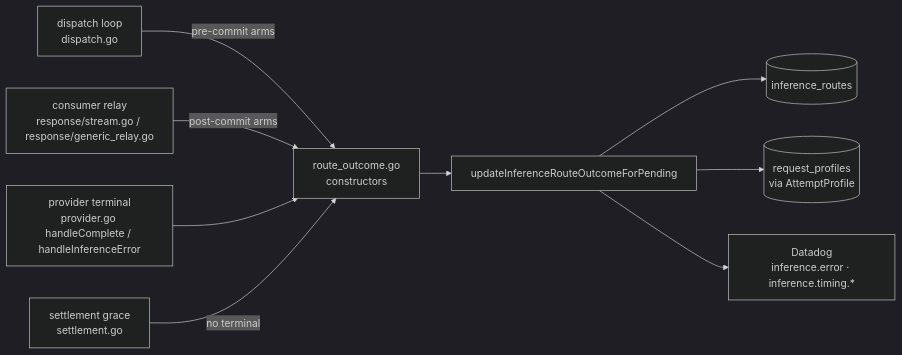
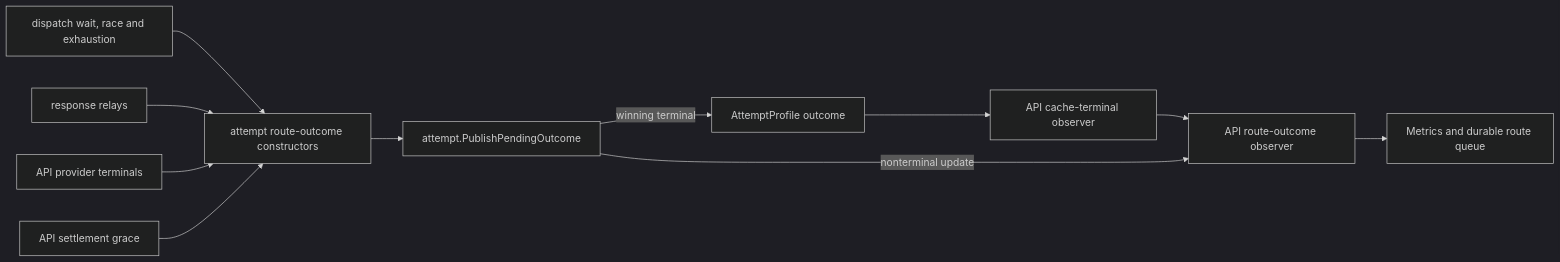
One commit to Layr-Labs/d-inference changed the diagram in docs/architecture/request-outcome-observability.md. Above: the diagram before and after it, drawn with Mermaid (dark theme). The commit also changed other lines of this file and 25 other files, not shown here.

Commit message:
docs(coordinator): map inference dispatch ownership

````diff
--- a/docs/architecture/request-outcome-observability.md
+++ b/docs/architecture/request-outcome-observability.md
@@ -24,11 +37,13 @@
 ```mermaid
 flowchart LR
-  A[dispatch loop<br/>dispatch.go] -->|pre-commit arms| F[route_outcome.go<br/>constructors]
-  B[consumer relay<br/>response/stream.go / response/generic_relay.go] -->|post-commit arms| F
-  C[provider terminal<br/>provider.go handleComplete / handleInferenceError] --> F
-  D[settlement grace<br/>settlement.go] -->|no terminal| F
-  F --> G[updateInferenceRouteOutcomeForPending]
-  G --> H[(inference_routes)]
-  G --> I[(request_profiles<br/>via AttemptProfile)]
-  G --> J[Datadog<br/>inference.error · inference.timing.*]
+  A[dispatch wait, race and exhaustion] --> F[attempt route-outcome constructors]
+  B[response relays] --> F
+  C[API provider terminals] --> F
+  D[API settlement grace] --> F
+  F --> G[attempt.PublishPendingOutcome]
+  G -->|winning terminal| I[AttemptProfile outcome]
+  I --> K[API cache-terminal observer]
+  K --> H[API route-outcome observer]
+  G -->|nonterminal update| H
+  H --> J[Metrics and durable route queue]
 ```
````
